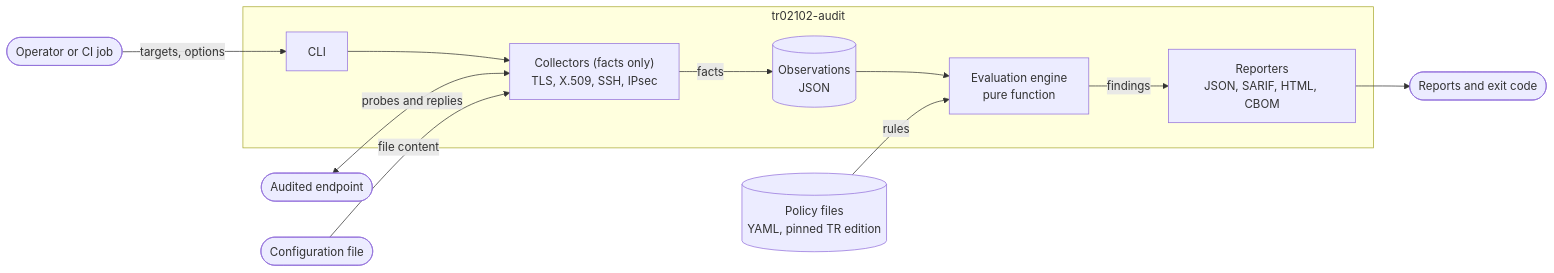
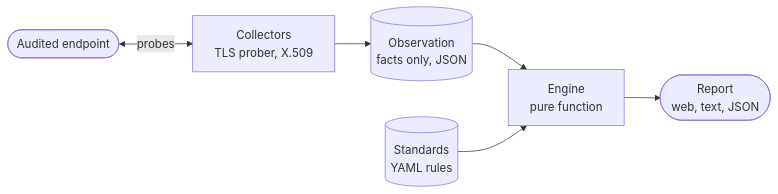
Before and after one commit to maksymkisil2/tr02102-audit: the diagram in README.md, drawn with Mermaid. The commit also changed other lines of this file and 46 other files, not shown here.

First line of the commit message:
Add TLS scanner, multi-standard engine and hosted web interface

````diff
--- a/README.md
+++ b/README.md
@@ -23,26 +65,13 @@
 ```mermaid
 flowchart LR
-    operator(["Operator or CI job"])
     target(["Audited endpoint"])
-    cfg(["Configuration file"])
-    policy[("Policy files<br/>YAML, pinned TR edition")]
-    out(["Reports and exit code"])
+    collectors["Collectors<br/>TLS prober, X.509"]
+    obs[("Observation<br/>facts only, JSON")]
+    standards[("Standards<br/>YAML rules")]
+    engine["Engine<br/>pure function"]
+    out(["Report<br/>web, text, JSON"])
 
-    subgraph tool["tr02102-audit"]
-        cli["CLI"]
-        collectors["Collectors (facts only)<br/>TLS, X.509, SSH, IPsec"]
-        obs[("Observations<br/>JSON")]
-        engine["Evaluation engine<br/>pure function"]
-        reporters["Reporters<br/>JSON, SARIF, HTML, CBOM"]
-    end
-
-    operator -->|"targets, options"| cli
-    cli --> collectors
-    target <-->|"probes and replies"| collectors
-    cfg -->|"file content"| collectors
-    collectors -->|"facts"| obs
-    obs --> engine
-    policy -->|"rules"| engine
-    engine -->|"findings"| reporters
-    reporters --> out
+    target <-->|"probes"| collectors
+    collectors --> obs --> engine
+    standards --> engine --> out
 ```
````
